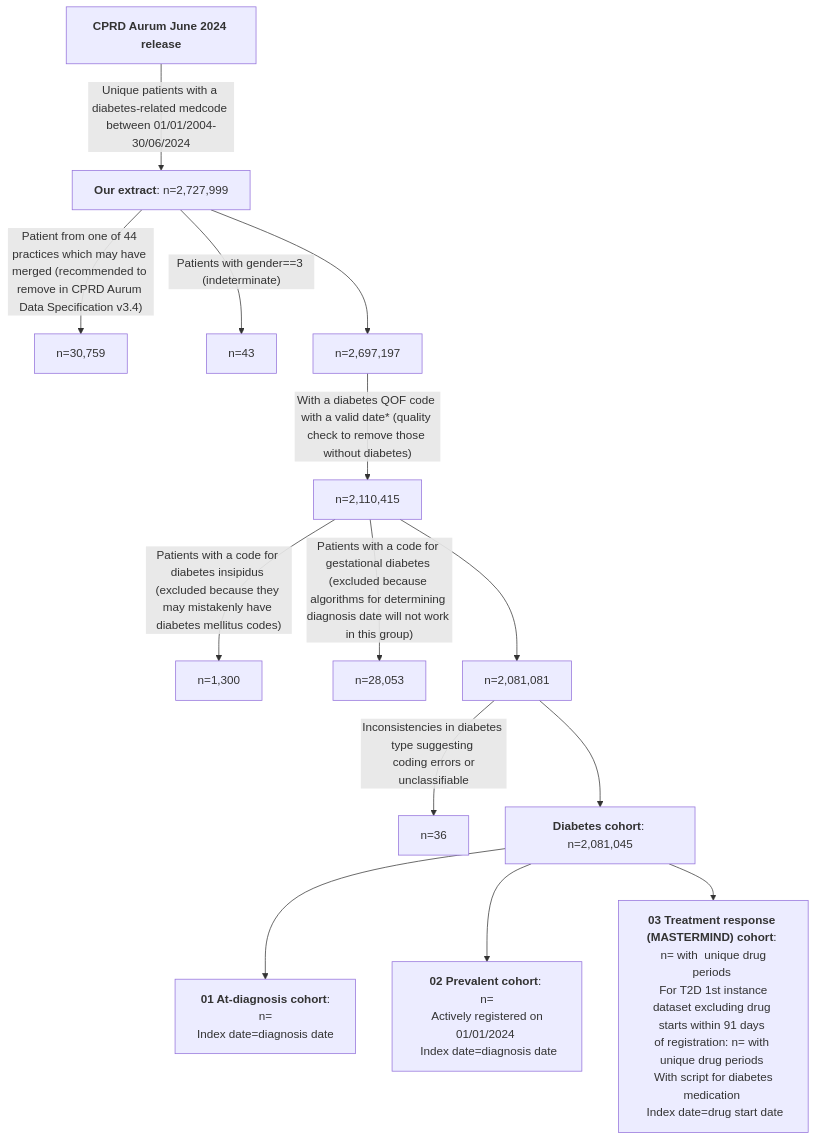
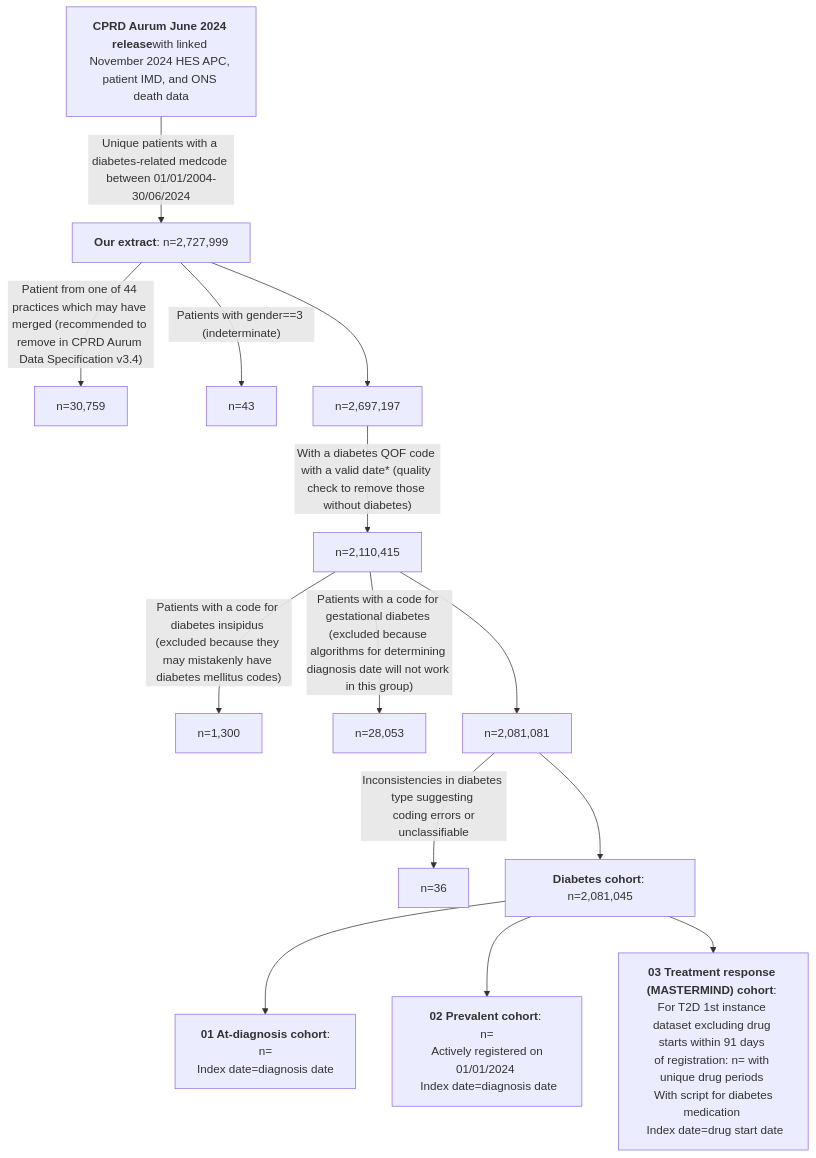
The first of 2 diagrams in README.md (Exeter-Diabetes/CPRD-Cohort-scripts), drawn with Mermaid before and after one commit.

````diff
--- a/README.md
+++ b/README.md
@@ -12,16 +12,16 @@
 ```mermaid
 graph TD;
-    A["<b>CPRD Aurum June 2024 release</b>"] --> |"Unique patients with a diabetes-related medcode between 01/01/2004-30/06/2024"| B["<b>Our extract</b>: n=2,727,999"]
+    A["<b>CPRD Aurum June 2024 release</b>with linked November 2024 HES APC, patient IMD, and ONS death data"] --> |"Unique patients with a diabetes-related medcode between 01/01/2004-30/06/2024"| B["<b>Our extract</b>: n=2,727,999"]
     B -->|"Patient from one of 44 practices which may have merged (recommended to remove in CPRD Aurum Data Specification v3.4)"|C["n=30,759"]
     B -->|"Patients with gender==3 (indeterminate)"|D["n=43"]
     B --> E["n=2,697,197"]
     E -->|"With a diabetes QOF code with a valid date* (quality check to remove those without diabetes)"|F["n=2,110,415"]
     F -->|"Patients with a code for diabetes insipidus (excluded because they may mistakenly have diabetes mellitus codes)"|G["n=1,300"]
     F -->|"Patients with a code for gestational diabetes (excluded because algorithms for determining diagnosis date will not work in this group)"|H["n=28,053"]
     F --> I["n=2,081,081"]
     I --> |"Inconsistencies in diabetes type suggesting <br> coding errors or unclassifiable"|J["n=36"]
     I --> K["<b>Diabetes cohort</b>: n=2,081,045"]
     K --> L["<b>01 At-diagnosis cohort</b>: <br> n= <br> Index date=diagnosis date"]
     K --> M["<b>02 Prevalent cohort</b>: <br> n= <br> Actively registered on 01/01/2024 <br> Index date=diagnosis date"]
-    K --> N["<b>03 Treatment response (MASTERMIND) cohort</b>: <br> n= with  unique drug periods <br> For T2D 1st instance dataset excluding drug starts within 91 days <br> of registration: n= with  unique drug periods <br> With script for diabetes medication <br> Index date=drug start date"]
+    K --> N["<b>03 Treatment response (MASTERMIND) cohort</b>: For T2D 1st instance dataset excluding drug starts within 91 days <br> of registration: n= with  unique drug periods <br> With script for diabetes medication <br> Index date=drug start date"]
 ```
````
